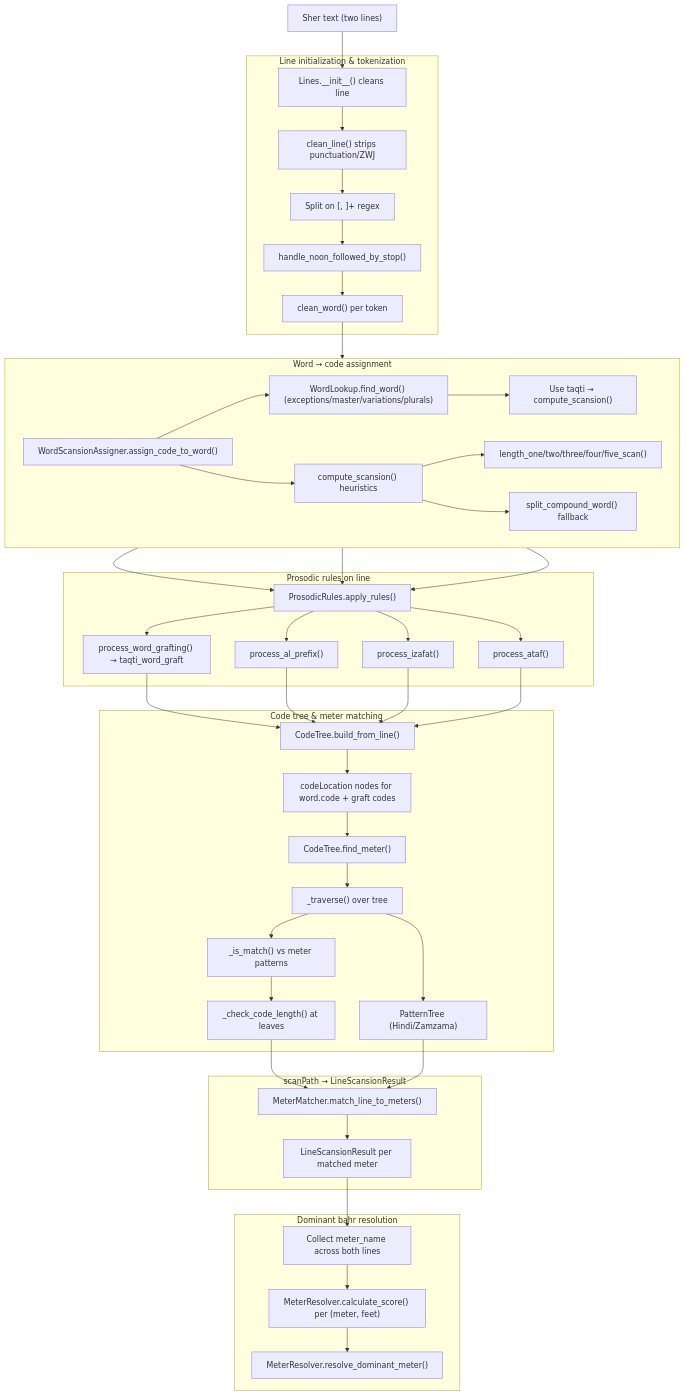
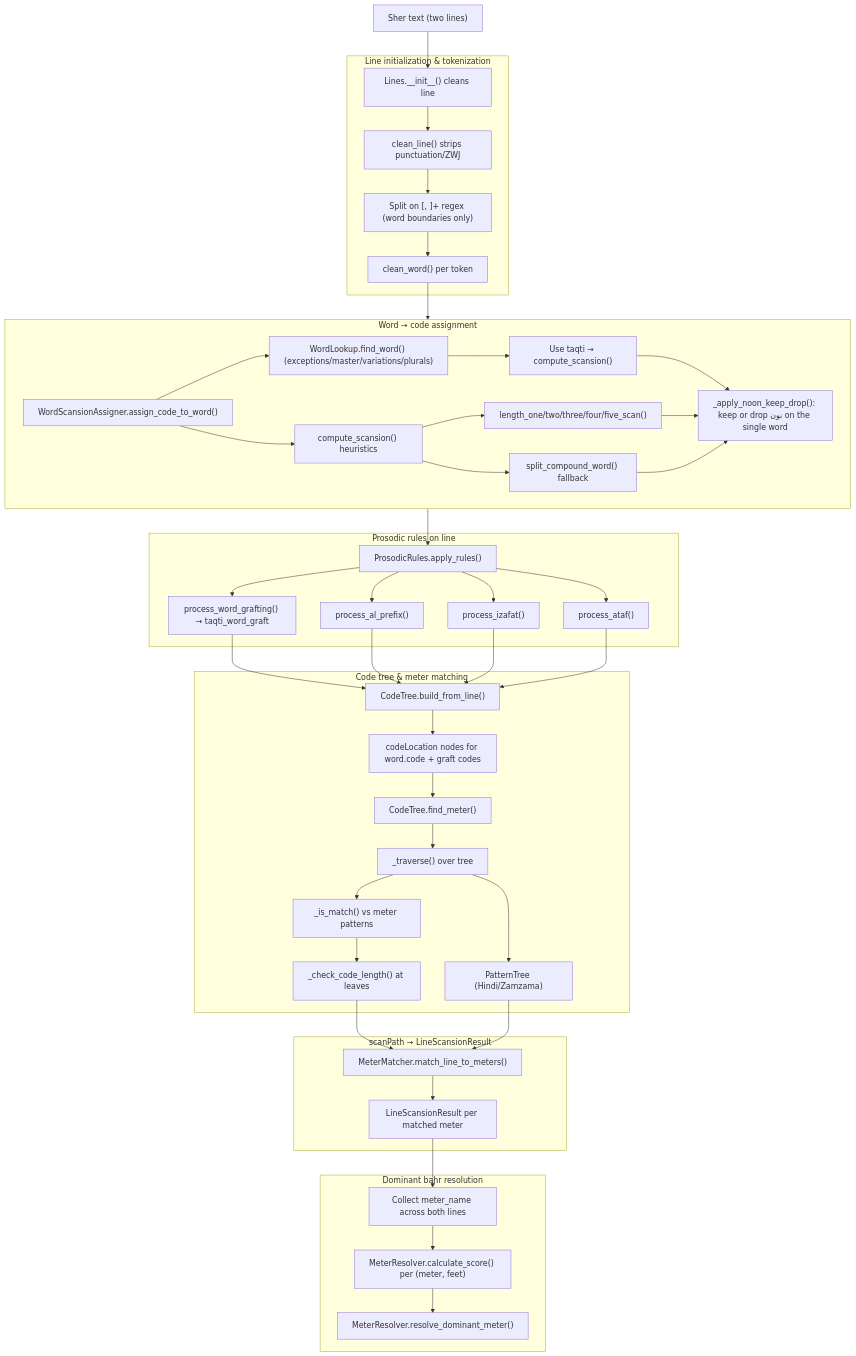
One commit to tariquesani/aruuz-nigar changed the diagram in docs/guides/internals/scansion-data-flow.mmd. Above: the diagram before and after it, drawn with Mermaid. The commit also changed 12 other files, not shown here.

First line of the commit message:
Fix #11: replace nasal-coda word-split with keep/drop noon model

```diff
--- a/docs/guides/internals/scansion-data-flow.mmd
+++ b/docs/guides/internals/scansion-data-flow.mmd
@@ -1,100 +1,100 @@
 flowchart TD
     %% High-level sher input
     sherInput["Sher text (two lines)"]
 
     %% Line-level processing
     subgraph lineStage["Line initialization & tokenization"]
         linesInit["Lines.__init__() cleans line"]
         lineClean["clean_line() strips punctuation/ZWJ"]
-        wordSplit["Split on [, ]+ regex"]
-        noonStop["handle_noon_followed_by_stop()"]
+        wordSplit["Split on [, ]+ regex (word boundaries only)"]
         wordClean["clean_word() per token"]
     end
 
     %% Word → code assignment
     subgraph wordStage["Word → code assignment"]
         assignStart["WordScansionAssigner.assign_code_to_word()"]
 
         direction LR
         dbLookup["WordLookup.find_word() (exceptions/master/variations/plurals)"]
         dbTaqti["Use taqti → compute_scansion()"]
         heuristics["compute_scansion() heuristics"]
         lengthScanners["length_one/two/three/four/five_scan()"]
         compound["split_compound_word() fallback"]
+        noonKeepDrop["_apply_noon_keep_drop(): keep or drop نون on the single word"]
     end
 
     %% Prosodic rules
     subgraph prosodyStage["Prosodic rules on line"]
         prosodyApply["ProsodicRules.apply_rules()"]
         alRule["process_al_prefix()"]
         izafatRule["process_izafat()"]
         atafRule["process_ataf()"]
         graftRule["process_word_grafting() → taqti_word_graft"]
     end
 
     %% Tree & matching
     subgraph treeStage["Code tree & meter matching"]
         codeTree["CodeTree.build_from_line()"]
         codeLocations["codeLocation nodes for word.code + graft codes"]
         meterMatch["CodeTree.find_meter()"]
         traverse["_traverse() over tree"]
         isMatch["_is_match() vs meter patterns"]
         lenCheck["_check_code_length() at leaves"]
         patternTree["PatternTree (Hindi/Zamzama)"]
     end
 
     %% scanPath → line results
     subgraph resultStage["scanPath → LineScansionResult"]
         scanResult["MeterMatcher.match_line_to_meters()"]
         lineResult["LineScansionResult per matched meter"]
     end
 
     %% Dominant bahr across both lines
     subgraph dominantStage["Dominant bahr resolution"]
         collectMeters["Collect meter_name across both lines"]
         scoreFeet["MeterResolver.calculate_score() per (meter, feet)"]
         chooseDominant["MeterResolver.resolve_dominant_meter()"]
     end
 
     %% Edges
     sherInput --> linesInit
 
     linesInit --> lineClean
     lineClean --> wordSplit
-    wordSplit --> noonStop
-    noonStop --> wordClean
+    wordSplit --> wordClean
     wordClean --> assignStart
 
     assignStart --> dbLookup
     dbLookup --> dbTaqti
     assignStart --> heuristics
     heuristics --> lengthScanners
     heuristics --> compound
 
-    dbTaqti --> prosodyApply
-    lengthScanners --> prosodyApply
-    compound --> prosodyApply
+    dbTaqti --> noonKeepDrop
+    lengthScanners --> noonKeepDrop
+    compound --> noonKeepDrop
+    noonKeepDrop --> prosodyApply
 
     prosodyApply --> alRule
     prosodyApply --> izafatRule
     prosodyApply --> atafRule
     prosodyApply --> graftRule
     graftRule --> codeTree
 
     alRule --> codeTree
     izafatRule --> codeTree
     atafRule --> codeTree
 
     codeTree --> codeLocations
     codeLocations --> meterMatch
     meterMatch --> traverse
     traverse --> isMatch
     traverse --> patternTree
     isMatch --> lenCheck
     lenCheck --> scanResult
     patternTree --> scanResult
 
     scanResult --> lineResult
     lineResult --> collectMeters
     collectMeters --> scoreFeet
     scoreFeet --> chooseDominant
```
